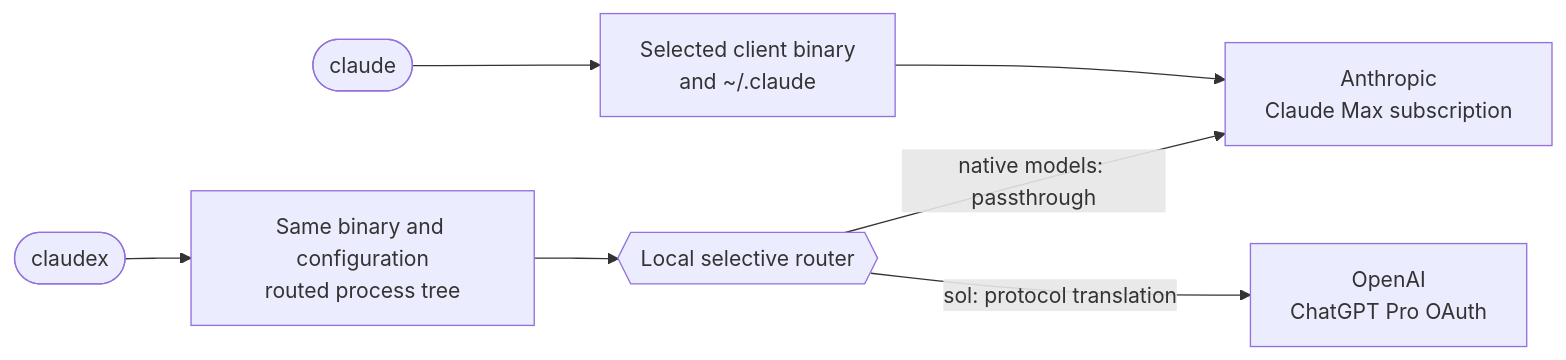
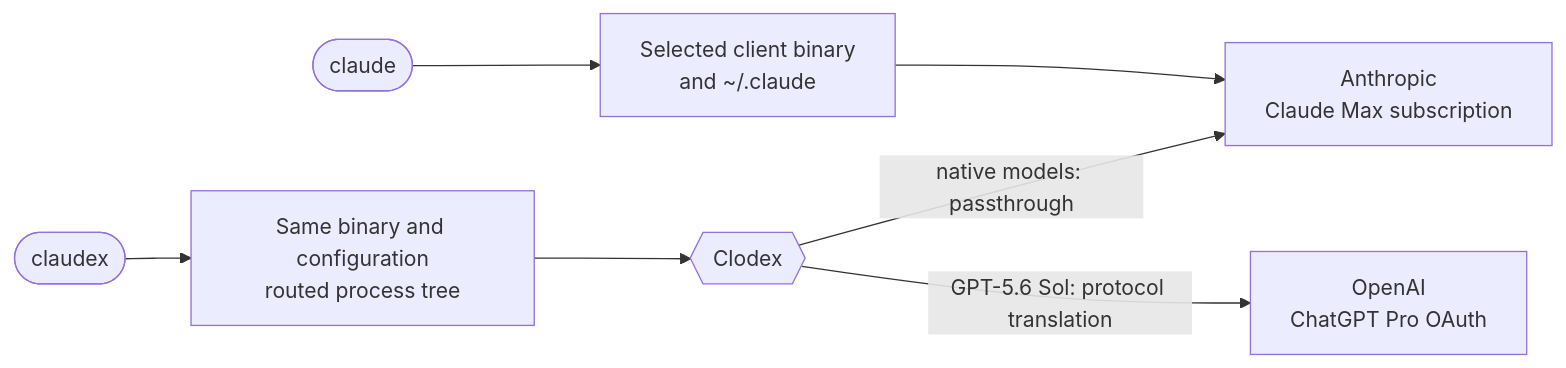
Before and after one commit to camjac251/cc-enhanced: the diagram in docs/subscription-routing/README.md, drawn with Mermaid. The commit also changed other lines of this file and 64 other files, not shown here.

````diff
--- a/docs/subscription-routing/README.md
+++ b/docs/subscription-routing/README.md
@@ -6,10 +6,10 @@
 ```mermaid
 flowchart LR
     Claude(["claude"]) --> Direct["Selected client binary<br/>and ~/.claude"]
     Direct --> Max["Anthropic<br/>Claude Max subscription"]
 
     Claudex(["claudex"]) --> Routed["Same binary and configuration<br/>routed process tree"]
-    Routed --> Router{{Local selective router}}
+    Routed --> Router{{Clodex}}
     Router -->|native models: passthrough| Max
-    Router -->|sol: protocol translation| Pro["OpenAI<br/>ChatGPT Pro OAuth"]
+    Router -->|GPT-5.6 Sol: protocol translation| Pro["OpenAI<br/>ChatGPT Pro OAuth"]
 ```
````
